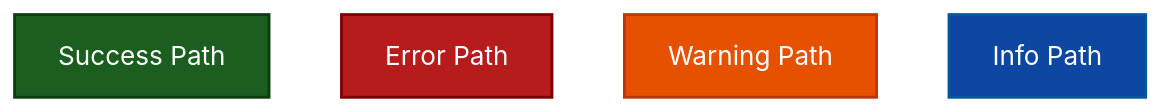
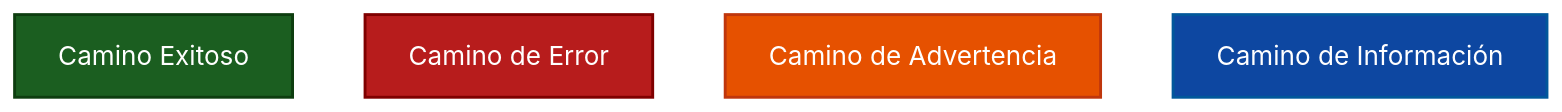
One commit to Ai-Whisperers/Courses-Content changed the third of 5 diagrams in courses/02-development/FPUNA-2026/DIAGRAM-STYLE-GUIDE.md. Above: the diagram before and after it, drawn with Mermaid. The commit also changed other lines of this file and 1 other file, not shown here.

First line of the commit message:
feat(fpuna): translate DIAGRAM-STYLE-GUIDE.md to Spanish and fix README title

````diff
--- a/courses/02-development/FPUNA-2026/DIAGRAM-STYLE-GUIDE.md
+++ b/courses/02-development/FPUNA-2026/DIAGRAM-STYLE-GUIDE.md
@@ -131,13 +131,13 @@
 ```mermaid
 %%{init: {'theme':'base', 'themeVariables': {'fontSize':'18px'}}}%%
 graph TD
-    A[Success Path]
-    B[Error Path]
-    C[Warning Path]
-    D[Info Path]
+    A[Camino Exitoso]
+    B[Camino de Error]
+    C[Camino de Advertencia]
+    D[Camino de Información]
     
     style A fill:#1b5e20,stroke:#0d3d0f,stroke-width:2px,color:#fff
     style B fill:#b71c1c,stroke:#7f0000,stroke-width:2px,color:#fff
     style C fill:#e65100,stroke:#bf360c,stroke-width:2px,color:#fff
     style D fill:#0d47a1,stroke:#01579b,stroke-width:2px,color:#fff
 ```
````
